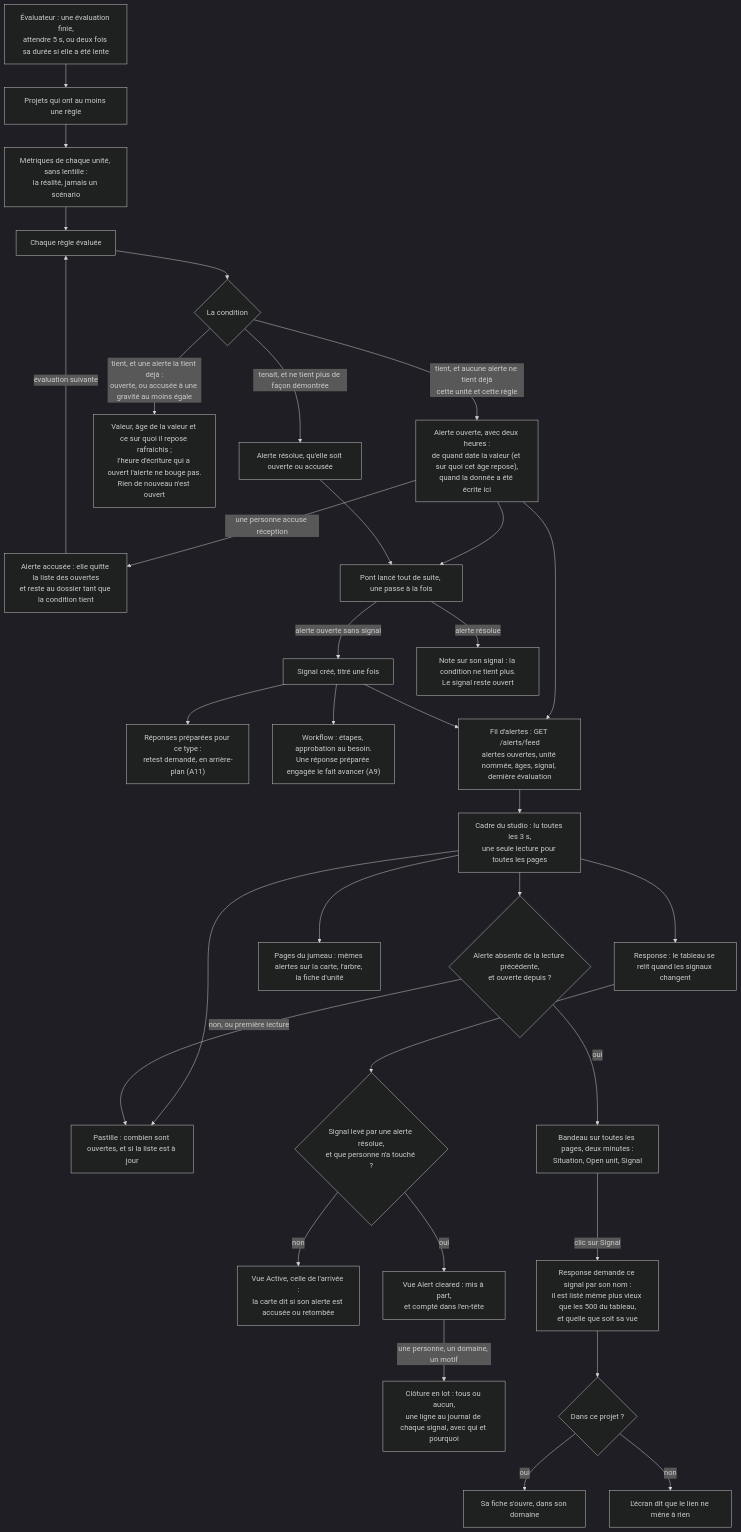
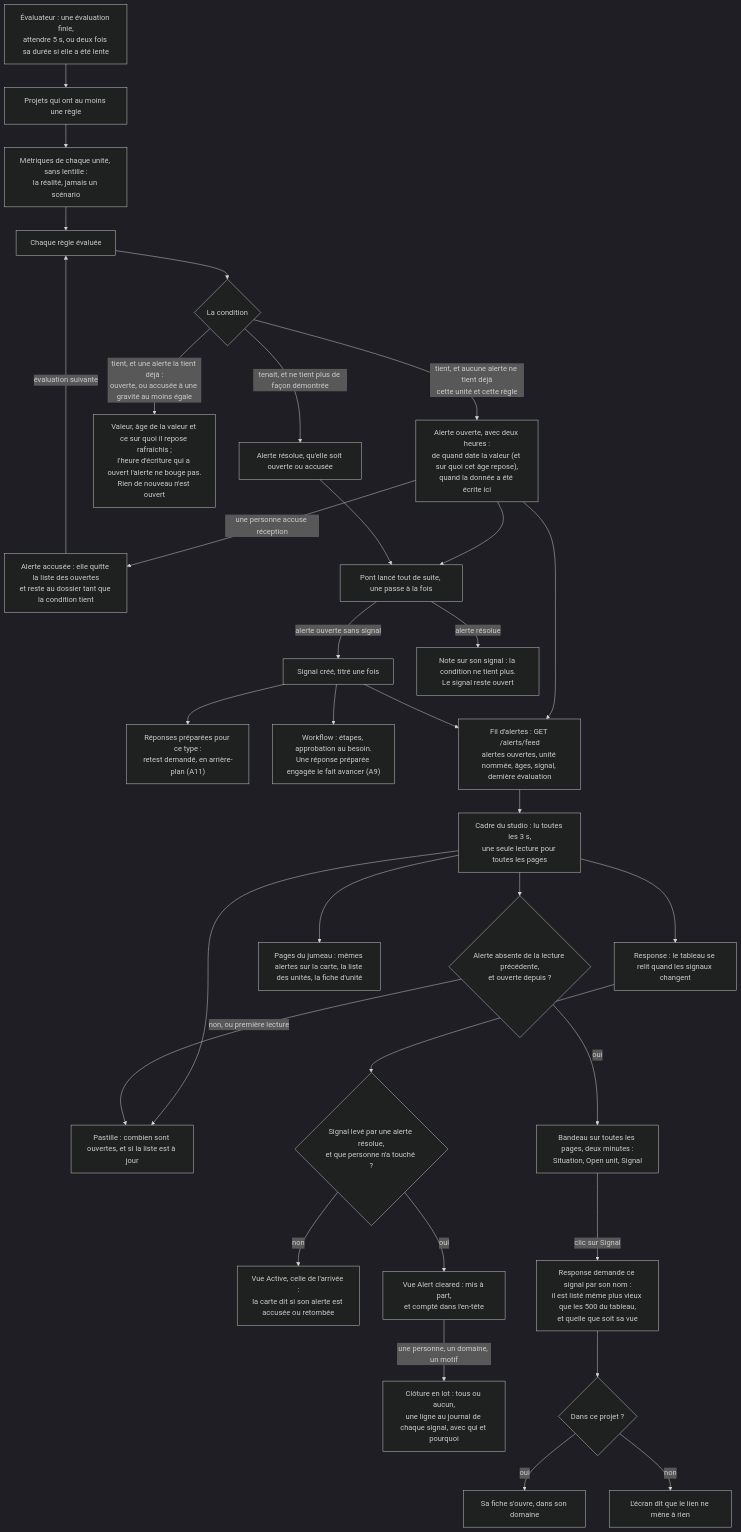
Before and after one commit to V1ktor7/obscyro: diagram 29 of 33 in docs/algorithms.md, drawn with Mermaid (dark theme). The commit also changed other lines of this file and 28 other files, not shown here.

First line of the commit message:
feat(studio): la page Units devient une liste classée, avec la fiche d'une unité à côté

````diff
--- a/docs/algorithms.md
+++ b/docs/algorithms.md
@@ -901,35 +920,35 @@
 ```mermaid
 flowchart TD
     A["Évaluateur : une évaluation finie,<br/>attendre 5 s, ou deux fois sa durée si elle a été lente"] --> B["Projets qui ont au moins une règle"]
     B --> C["Métriques de chaque unité, sans lentille :<br/>la réalité, jamais un scénario"]
     C --> D["Chaque règle évaluée"]
     D --> E{"La condition"}
     E -->|"tient, et aucune alerte ne tient déjà<br/>cette unité et cette règle"| F["Alerte ouverte, avec deux heures :<br/>de quand date la valeur (et sur quoi cet âge repose),<br/>quand la donnée a été écrite ici"]
     E -->|"tient, et une alerte la tient déjà :<br/>ouverte, ou accusée à une gravité au moins égale"| F2["Valeur, âge de la valeur et ce sur quoi il repose rafraîchis ;<br/>l'heure d'écriture qui a ouvert l'alerte ne bouge pas.<br/>Rien de nouveau n'est ouvert"]
     E -->|"tenait, et ne tient plus de façon démontrée"| G["Alerte résolue, qu'elle soit ouverte ou accusée"]
     F -->|"une personne accuse réception"| F3["Alerte accusée : elle quitte la liste des ouvertes<br/>et reste au dossier tant que la condition tient"]
     F3 -->|"évaluation suivante"| D
     F --> H["Pont lancé tout de suite, une passe à la fois"]
     G --> H
     H -->|"alerte ouverte sans signal"| I["Signal créé, titré une fois"]
     H -->|"alerte résolue"| I3["Note sur son signal : la condition ne tient plus.<br/>Le signal reste ouvert"]
     I --> I2["Réponses préparées pour ce type :<br/>retest demandé, en arrière-plan (A11)"]
     I --> J["Workflow : étapes, approbation au besoin.<br/>Une réponse préparée engagée le fait avancer (A9)"]
     F --> K["Fil d'alertes : GET /alerts/feed<br/>alertes ouvertes, unité nommée, âges, signal, dernière évaluation"]
     I --> K
     K --> L["Cadre du studio : lu toutes les 3 s,<br/>une seule lecture pour toutes les pages"]
     L --> M["Pastille : combien sont ouvertes, et si la liste est à jour"]
     L --> N{"Alerte absente de la lecture précédente,<br/>et ouverte depuis ?"}
     N -->|"oui"| O["Bandeau sur toutes les pages, deux minutes :<br/>Situation, Open unit, Signal"]
     N -->|"non, ou première lecture"| M
-    L --> P["Pages du jumeau : mêmes alertes sur la carte, l'arbre, la fiche d'unité"]
+    L --> P["Pages du jumeau : mêmes alertes sur la carte, la liste des unités, la fiche d'unité"]
     L --> Q["Response : le tableau se relit quand les signaux changent"]
     Q --> V{"Signal levé par une alerte résolue,<br/>et que personne n'a touché ?"}
     V -->|"non"| W["Vue Active, celle de l'arrivée :<br/>la carte dit si son alerte est accusée ou retombée"]
     V -->|"oui"| X["Vue Alert cleared : mis à part,<br/>et compté dans l'en-tête"]
     X -->|"une personne, un domaine, un motif"| Y["Clôture en lot : tous ou aucun,<br/>une ligne au journal de chaque signal, avec qui et pourquoi"]
     O -->|"clic sur Signal"| R["Response demande ce signal par son nom :<br/>il est listé même plus vieux que les 500 du tableau,<br/>et quelle que soit sa vue"]
     R --> S{"Dans ce projet ?"}
     S -->|"oui"| T["Sa fiche s'ouvre, dans son domaine"]
     S -->|"non"| U["L'écran dit que le lien ne mène à rien"]
 ```
````
